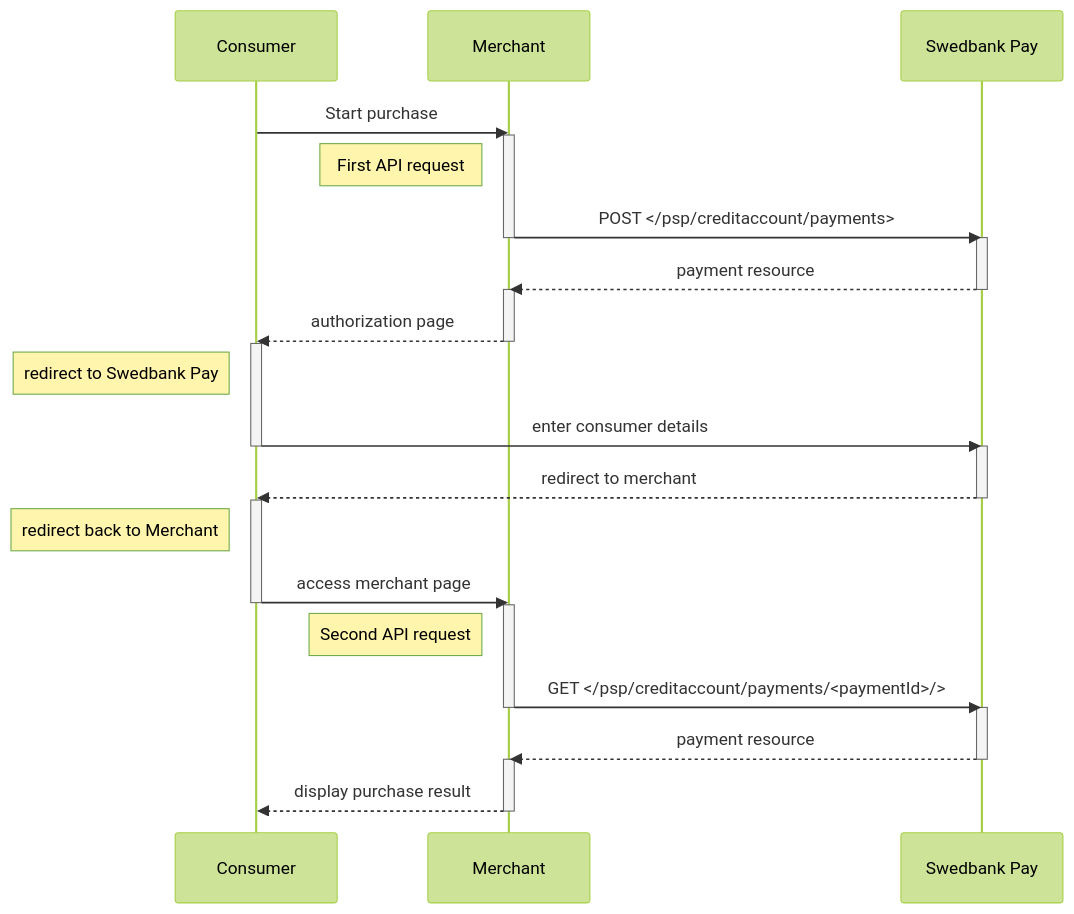
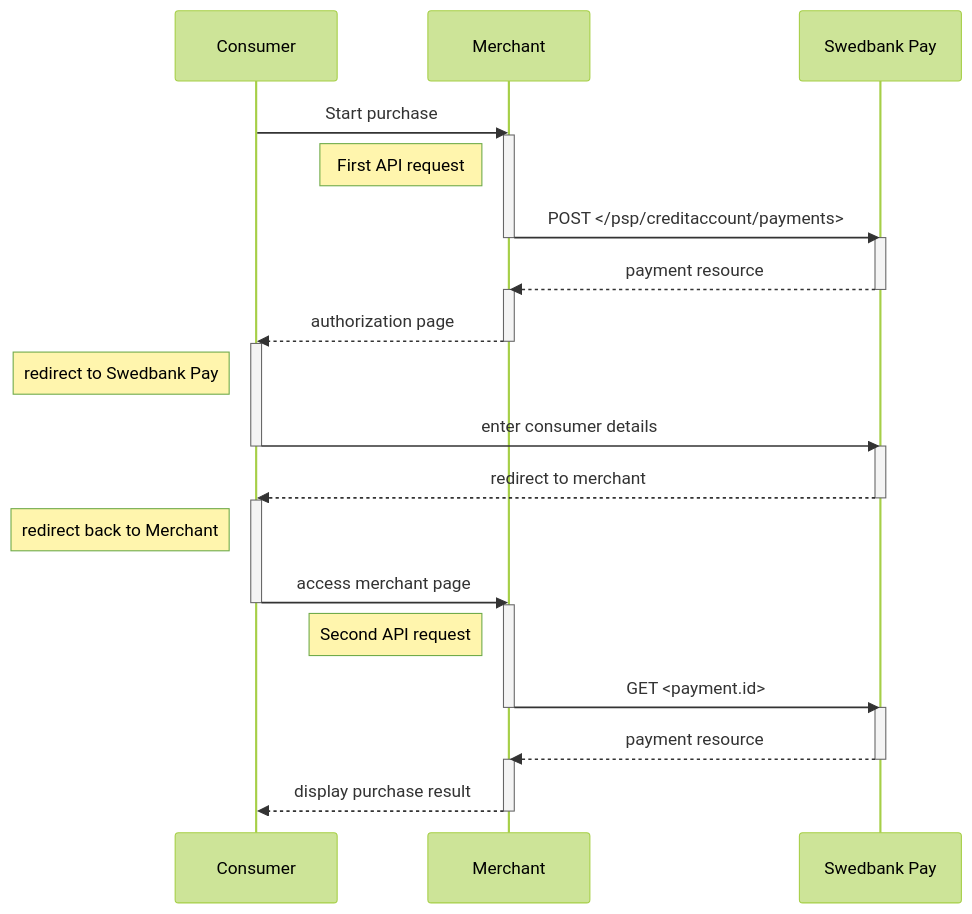
One commit to SwedbankPay/developer.swedbankpay.com changed the diagram in payments/credit/redirect.md. Above: the diagram before and after it, drawn with Mermaid (forest theme). The commit also changed other lines of this file and 15 other files, not shown here.

````diff
--- a/payments/credit/redirect.md
+++ b/payments/credit/redirect.md
@@ -68,26 +68,26 @@
 ```mermaid
 sequenceDiagram
     Consumer->>Merchant: Start purchase
     activate Merchant
     note left of Merchant: First API request
     Merchant->>-Swedbank Pay: POST </psp/creditaccount/payments>
     activate Swedbank Pay
     Swedbank Pay-->>-Merchant: payment resource
     activate Merchant
     Merchant-->>-Consumer: authorization page
     activate Consumer
     note left of Consumer: redirect to Swedbank Pay
     Consumer->>-Swedbank Pay: enter consumer details
     activate Swedbank Pay
     Swedbank Pay-->>-Consumer: redirect to merchant
     activate Consumer
     note left of Consumer: redirect back to Merchant
     Consumer->>-Merchant: access merchant page
     activate Merchant
     note left of Merchant: Second API request
-    Merchant->>-Swedbank Pay: GET </psp/creditaccount/payments/<paymentId>/>
+    Merchant->>-Swedbank Pay: GET <payment.id>
     activate Swedbank Pay
     Swedbank Pay-->>-Merchant: payment resource
     activate Merchant
     Merchant-->>-Consumer: display purchase result
 ```
````
